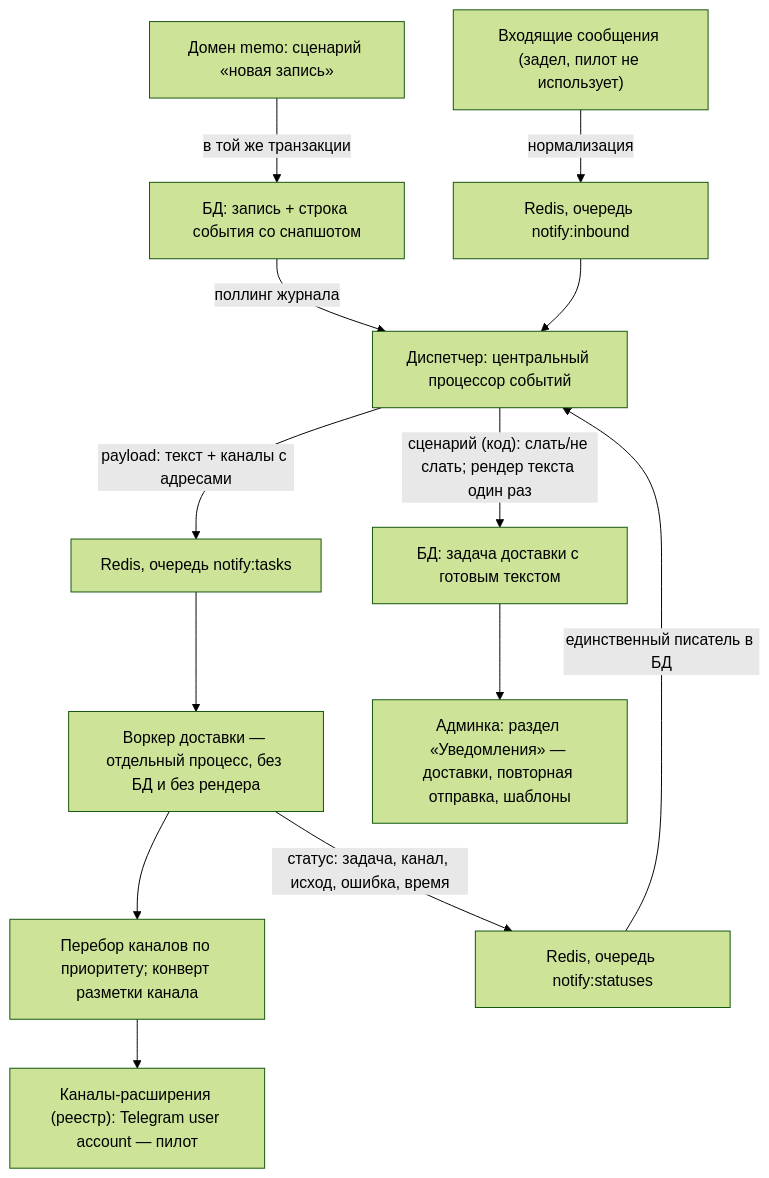
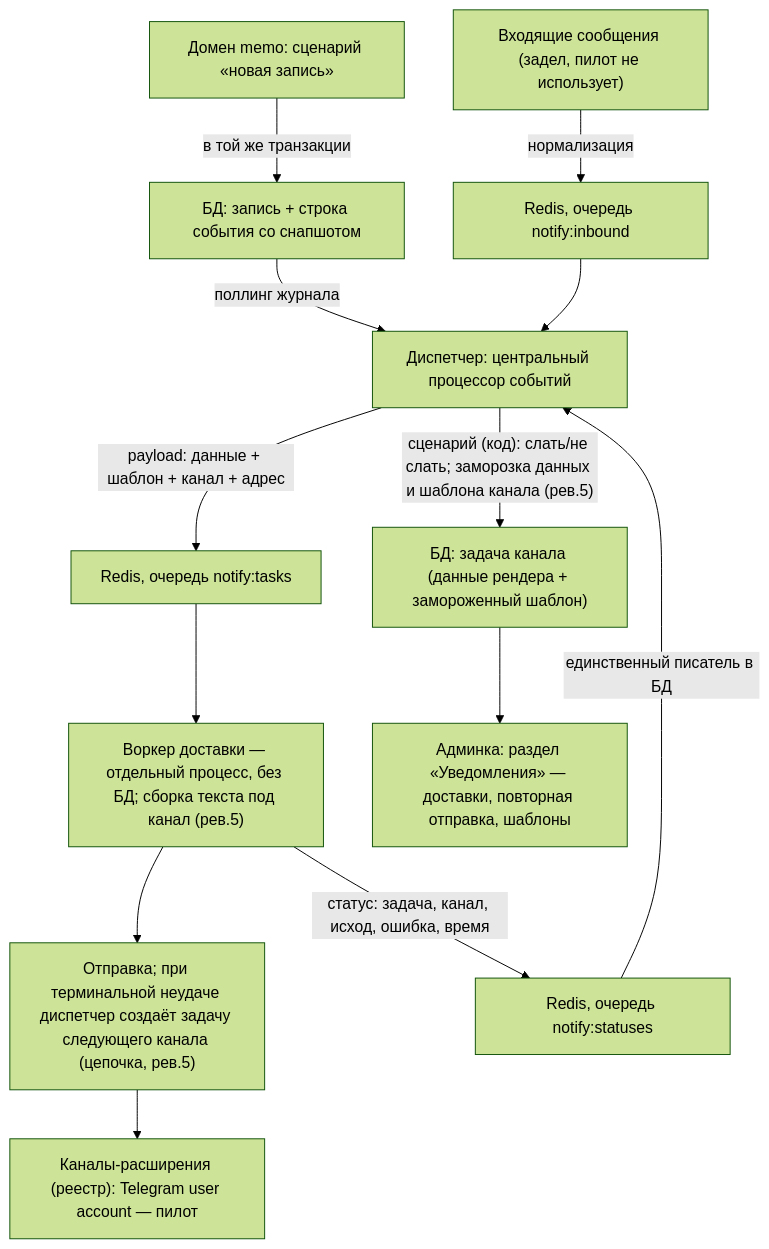
One commit to mkosinov/memo changed the diagram in docs/specs/2026-10-11-notify-system-476-design.md. Above: the diagram before and after it, drawn with Mermaid (forest theme). The commit also changed other lines of this file and 3 other files, not shown here.

Commit message:
docs(#485): спека канала Telegram рев.2 (панель внесена) + семейная спека рев.5 + ADR 014 + доменные правила notify — задача на канал, сборка текста в воркере; закрытие — IMPL PR

````diff
--- a/docs/specs/2026-10-11-notify-system-476-design.md
+++ b/docs/specs/2026-10-11-notify-system-476-design.md
@@ -33,15 +34,15 @@
 ```mermaid
 flowchart TD
     A["Домен memo: сценарий «новая запись»"] -->|"в той же транзакции"| B["БД: запись + строка события со снапшотом"]
     B -->|"поллинг журнала"| C["Диспетчер: центральный процессор событий"]
-    C -->|"сценарий (код): слать/не слать; рендер текста один раз"| D["БД: задача доставки с готовым текстом"]
-    C -->|"payload: текст + каналы с адресами"| E["Redis, очередь notify:tasks"]
-    E --> F["Воркер доставки — отдельный процесс, без БД и без рендера"]
-    F --> G["Перебор каналов по приоритету; конверт разметки канала"]
+    C -->|"сценарий (код): слать/не слать; заморозка данных и шаблона канала (рев.5)"| D["БД: задача канала (данные рендера + замороженный шаблон)"]
+    C -->|"payload: данные + шаблон + канал + адрес"| E["Redis, очередь notify:tasks"]
+    E --> F["Воркер доставки — отдельный процесс, без БД; сборка текста под канал (рев.5)"]
+    F --> G["Отправка; при терминальной неудаче диспетчер создаёт задачу следующего канала (цепочка, рев.5)"]
     G --> H["Каналы-расширения (реестр): Telegram user account — пилот"]
     F -->|"статус: задача, канал, исход, ошибка, время"| I["Redis, очередь notify:statuses"]
     I -->|"единственный писатель в БД"| C
     D --> J["Админка: раздел «Уведомления» — доставки, повторная отправка, шаблоны"]
     K["Входящие сообщения (задел, пилот не использует)"] -->|"нормализация"| L["Redis, очередь notify:inbound"]
     L --> C
 ```
````
